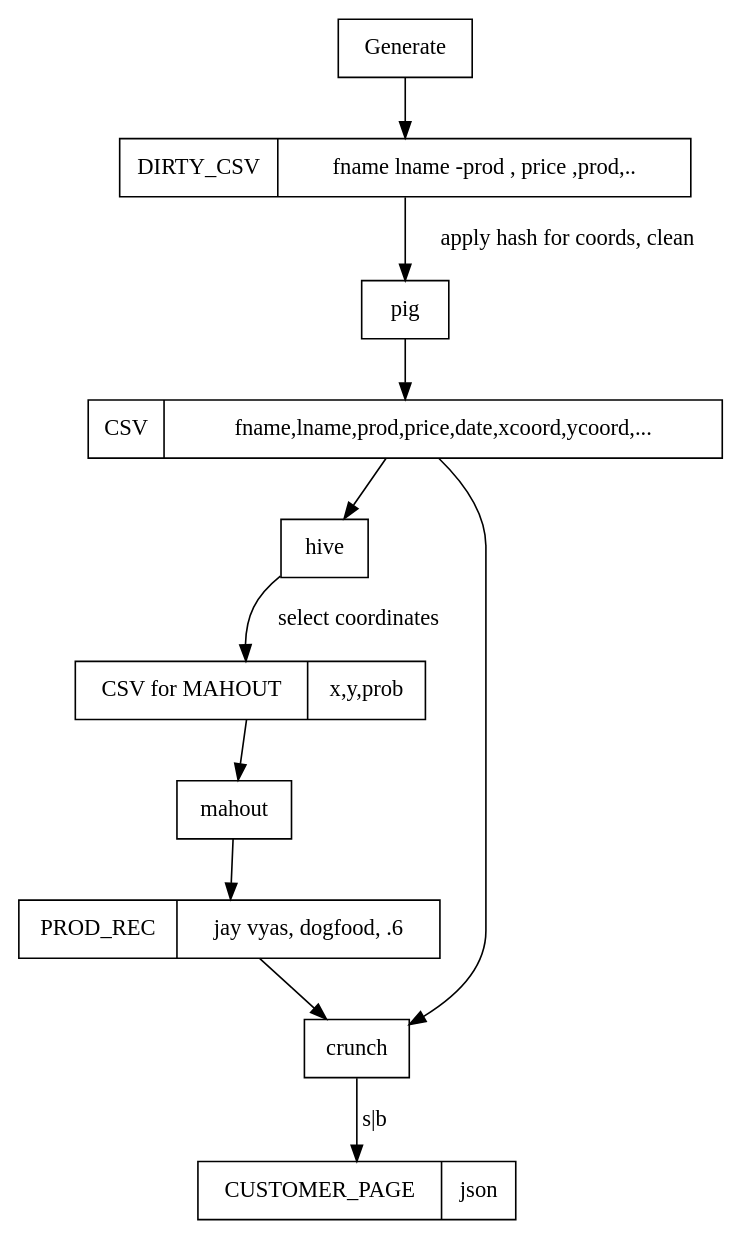
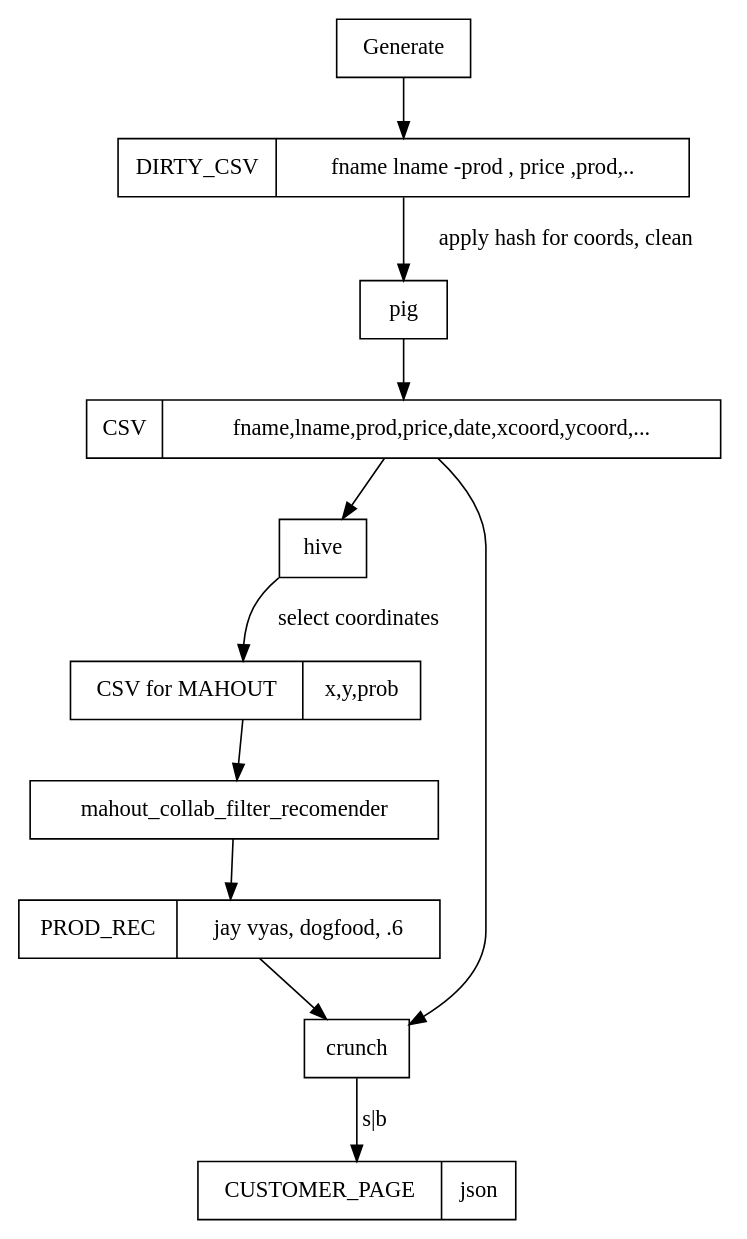
The diagram in arch.dot (jayunit100/bigpetstore), drawn with Graphviz before and after one commit.

Commit message:
update to arch

```diff
--- a/arch.dot
+++ b/arch.dot
@@ -1,25 +1,25 @@
 digraph ethane {
 
    node [shape=record];
    CUSTOMER_PAGE [label="CUSTOMER_PAGE|json"];
 
    DIRTY_CSV [label="DIRTY_CSV|fname   lname -prod , price ,prod,.."];
 
    CSV [label="CSV|fname,lname,prod,price,date,xcoord,ycoord,..."];
 
    PROD_REC [label="PROD_REC  | jay vyas, dogfood, .6"];
 
 
 MAHOUT_VIEW [label="CSV for MAHOUT | x,y,prob"];
 
    Generate -> DIRTY_CSV ;
    DIRTY_CSV -> pig [label="apply hash for coords, clean"];  
    pig -> CSV [Shape="record"];
 
    CSV -> hive ; 
    hive -> MAHOUT_VIEW [label="select coordinates"];          
-    MAHOUT_VIEW -> mahout -> PROD_REC ;
+    MAHOUT_VIEW -> mahout_collab_filter_recomender -> PROD_REC ;
    PROD_REC  -> crunch
    CSV -> crunch ; 
    crunch -> CUSTOMER_PAGE [label="s|b"];
 }
```
